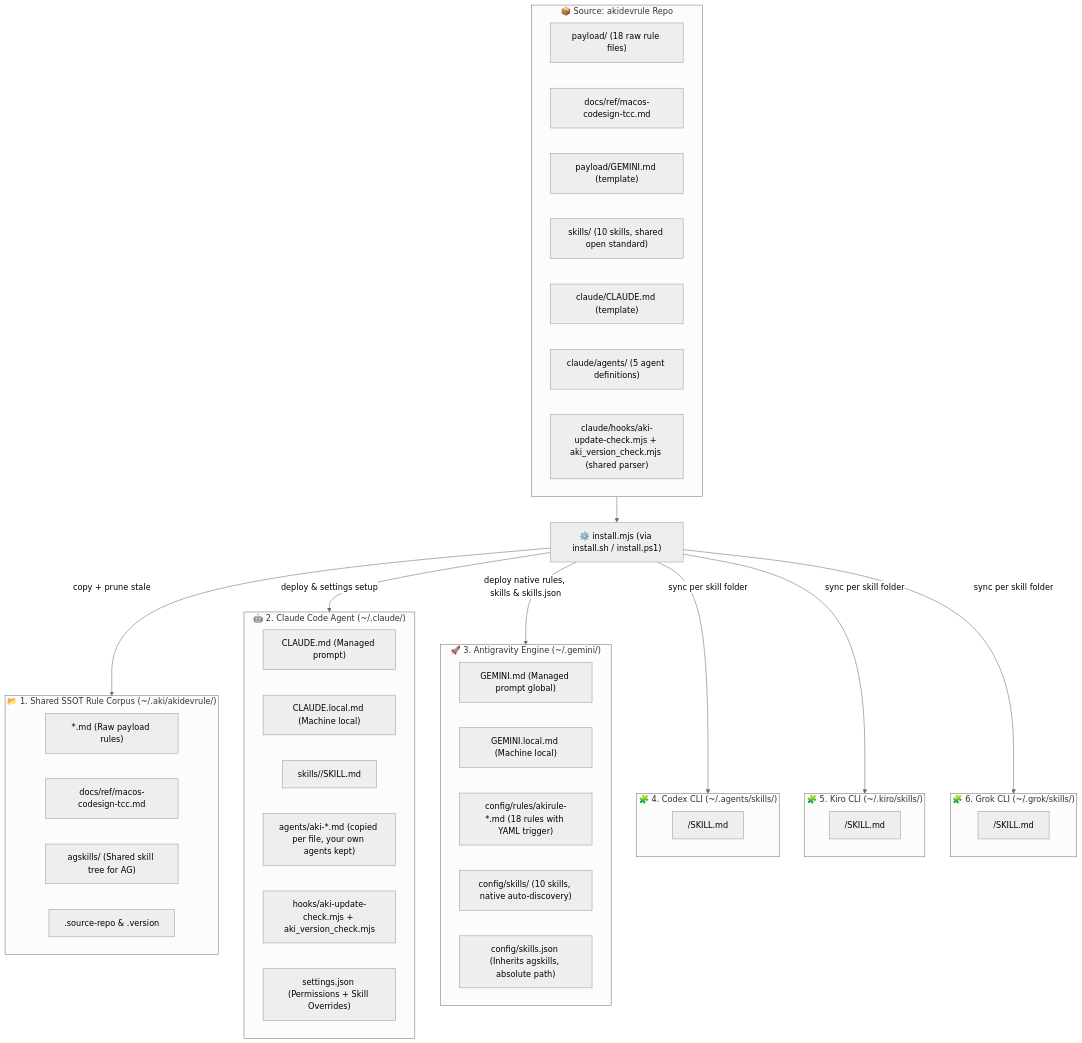
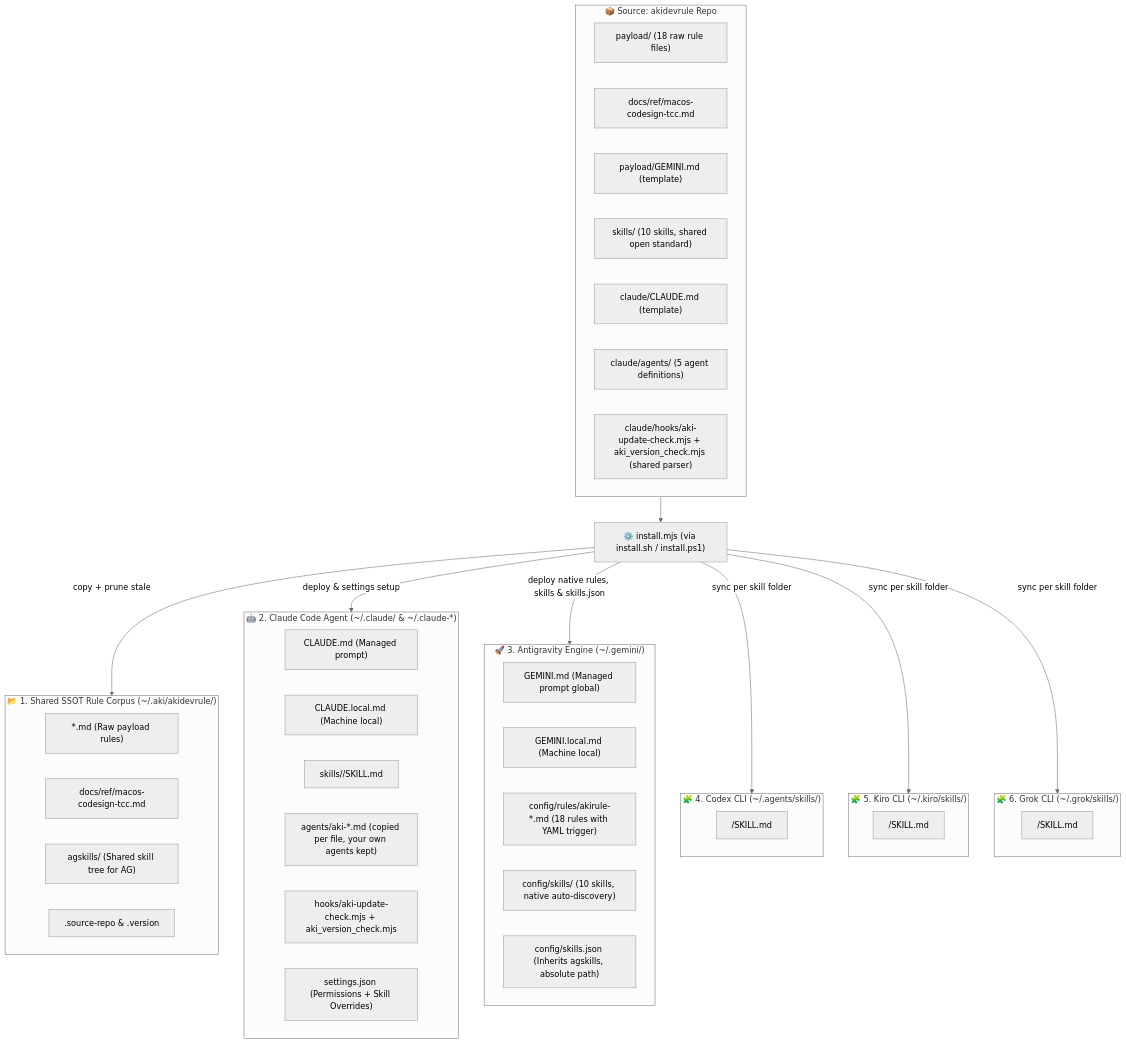
The diagram in README.md (lacvietanh/akidevrule), drawn with Mermaid (neutral theme) before and after one commit. The commit also changed other lines of this file and 6 other files, not shown here.

````diff
--- a/README.md
+++ b/README.md
@@ -247,60 +247,60 @@
 ```mermaid
 flowchart TD
     subgraph SRC["📦 Source: akidevrule Repo"]
         PAYLOAD["payload/ (18 raw rule files)"]
         TCCREF["docs/ref/macos-codesign-tcc.md"]
         PGEMINI["payload/GEMINI.md (template)"]
         CSKILLS["skills/ (10 skills, shared open standard)"]
         CCLAUDE["claude/CLAUDE.md (template)"]
         CAGENTS["claude/agents/ (5 agent definitions)"]
         CHOOKS["claude/hooks/aki-update-check.mjs + aki_version_check.mjs (shared parser)"]
     end
 
     INSTALL["⚙️ install.mjs (via install.sh / install.ps1)"]
     SRC --> INSTALL
 
     %% TARGET 1: ~/.aki/akidevrule/
     subgraph T1["📂 1. Shared SSOT Rule Corpus (~/.aki/akidevrule/)"]
         R_CORPUS["*.md (Raw payload rules)"]
         R_TCC["docs/ref/macos-codesign-tcc.md"]
         R_AGSKILLS["agskills/ (Shared skill tree for AG)"]
         R_META[".source-repo & .version"]
     end
 
-    %% TARGET 2: ~/.claude/
-    subgraph T2["🤖 2. Claude Code Agent (~/.claude/)"]
+    %% TARGET 2: ~/.claude/ and ~/.claude-*
+    subgraph T2["🤖 2. Claude Code Agent (~/.claude/ & ~/.claude-*)"]
         C_MD["CLAUDE.md (Managed prompt)"]
         C_LOCAL["CLAUDE.local.md (Machine local)"]
         C_SKILLS["skills/<skill_name>/SKILL.md"]
         C_AGENTS["agents/aki-*.md (copied per file, your own agents kept)"]
         C_HOOKS["hooks/aki-update-check.mjs + aki_version_check.mjs"]
         C_SET["settings.json (Permissions + Skill Overrides)"]
     end
 
     %% TARGET 3: ~/.gemini/
     subgraph T3["🚀 3. Antigravity Engine (~/.gemini/)"]
         G_MD["GEMINI.md (Managed prompt global)"]
         G_LOCAL["GEMINI.local.md (Machine local)"]
         G_RULES["config/rules/akirule-*.md (18 rules with YAML trigger)"]
         G_SKILLS["config/skills/ (10 skills, native auto-discovery)"]
         G_SJSON["config/skills.json (Inherits agskills, absolute path)"]
     end
 
     %% TARGETS 4-6: other CLIs that natively consume the SKILL.md standard
     subgraph T4["🧩 4. Codex CLI (~/.agents/skills/)"]
         X_SKILLS["<skill_name>/SKILL.md"]
     end
     subgraph T5["🧩 5. Kiro CLI (~/.kiro/skills/)"]
         K_SKILLS["<skill_name>/SKILL.md"]
     end
     subgraph T6["🧩 6. Grok CLI (~/.grok/skills/)"]
         R_SKILLS["<skill_name>/SKILL.md"]
     end
 
     INSTALL -->|"copy + prune stale"| T1
     INSTALL -->|"deploy & settings setup"| T2
     INSTALL -->|"deploy native rules, skills & skills.json"| T3
     INSTALL -->|"sync per skill folder"| T4
     INSTALL -->|"sync per skill folder"| T5
     INSTALL -->|"sync per skill folder"| T6
 ```
````
